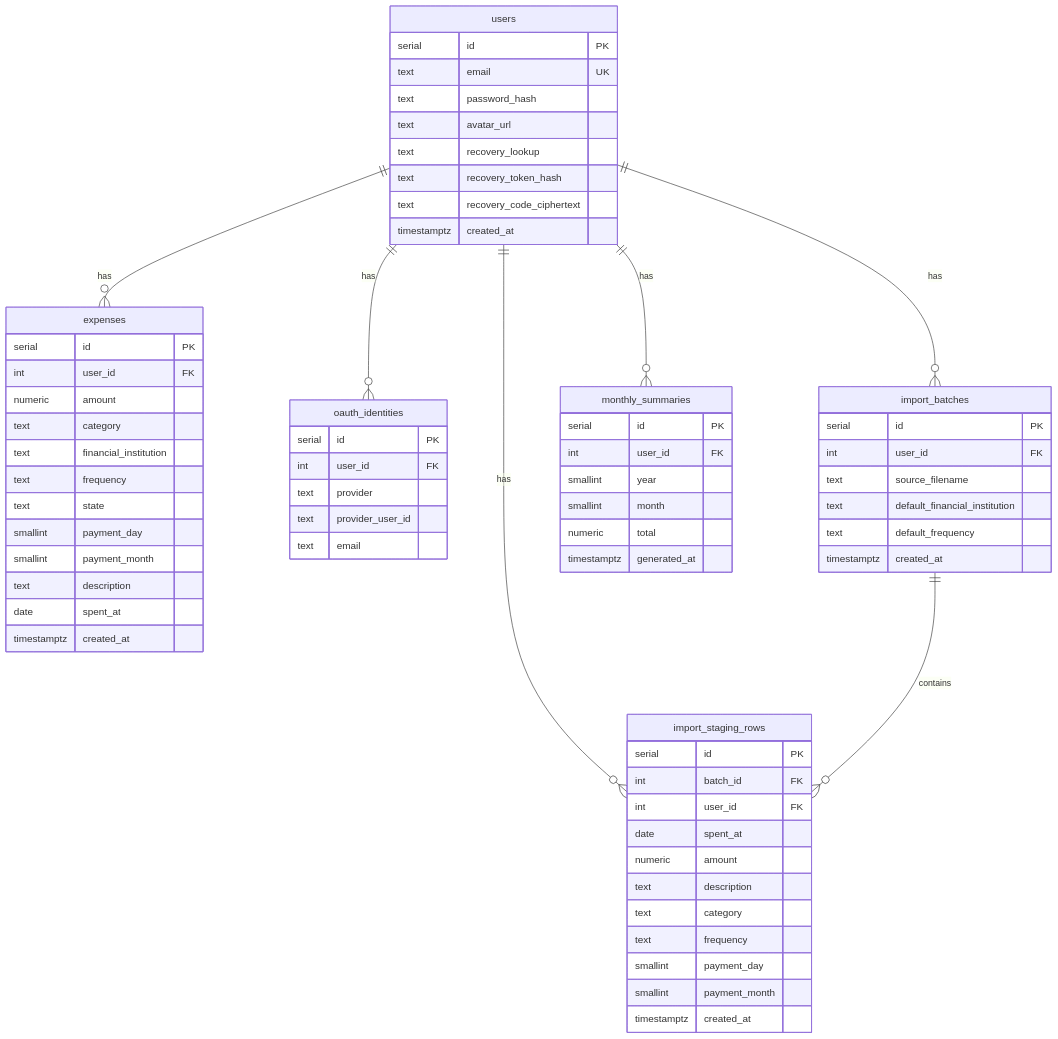
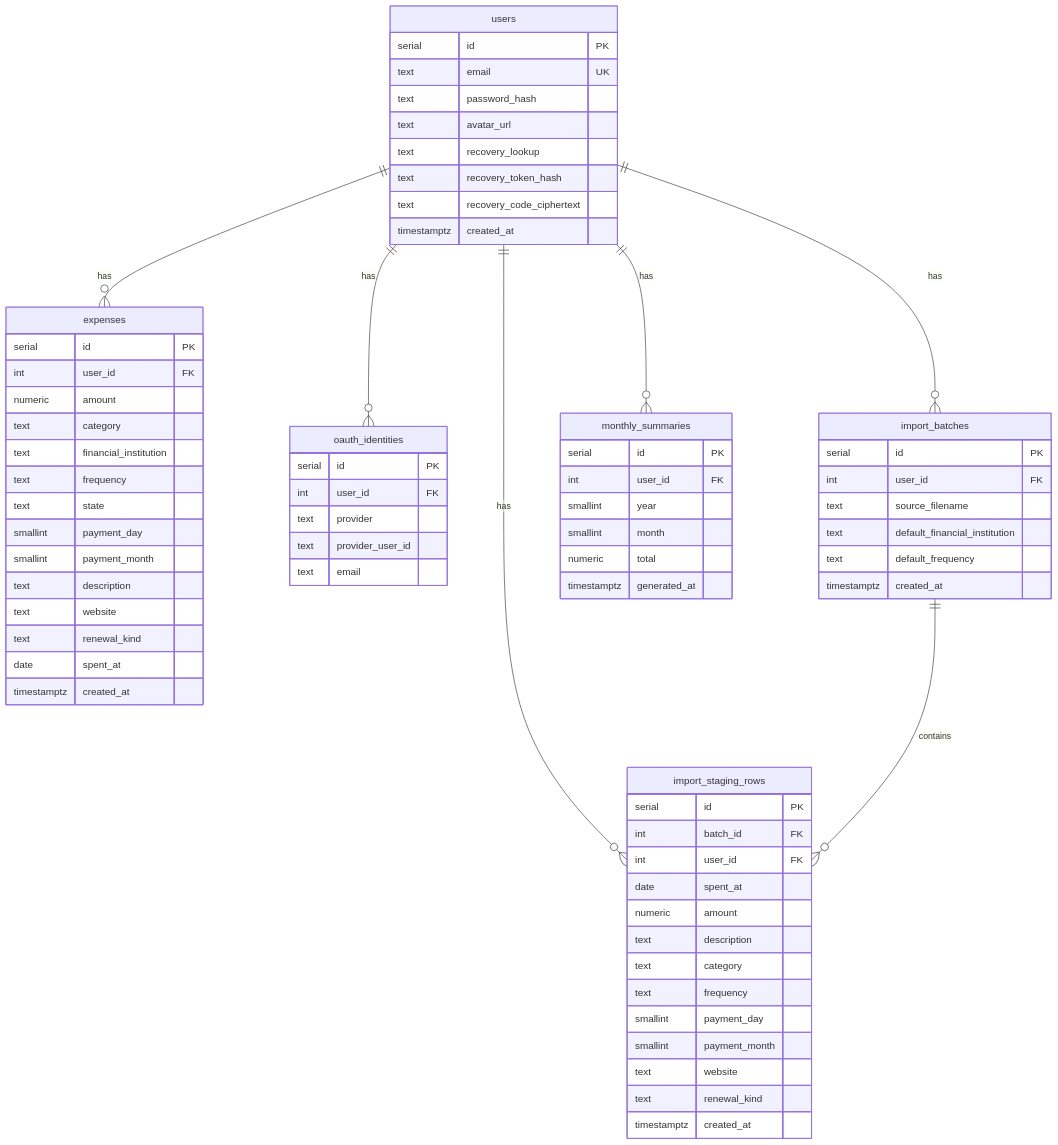
One commit to becomeonewiththecode/expense_tracker changed diagram 11 of 16 in docs/ARCHITECTURE_DIAGRAM.md. Above: the diagram before and after it, drawn with Mermaid. The commit also changed other lines of this file and 18 other files, not shown here.

````diff
--- a/docs/ARCHITECTURE_DIAGRAM.md
+++ b/docs/ARCHITECTURE_DIAGRAM.md
@@ -298,75 +359,79 @@
 ```mermaid
 erDiagram
   users ||--o{ expenses : has
   users ||--o{ oauth_identities : has
   users ||--o{ import_batches : has
   users ||--o{ import_staging_rows : has
   users ||--o{ monthly_summaries : has
   import_batches ||--o{ import_staging_rows : contains
 
   users {
     serial id PK
     text email UK
     text password_hash
     text avatar_url
     text recovery_lookup
     text recovery_token_hash
     text recovery_code_ciphertext
     timestamptz created_at
   }
 
   oauth_identities {
     serial id PK
     int user_id FK
     text provider
     text provider_user_id
     text email
   }
 
   expenses {
     serial id PK
     int user_id FK
     numeric amount
     text category
     text financial_institution
     text frequency
     text state
     smallint payment_day
     smallint payment_month
     text description
+    text website
+    text renewal_kind
     date spent_at
     timestamptz created_at
   }
 
   import_batches {
     serial id PK
     int user_id FK
     text source_filename
     text default_financial_institution
     text default_frequency
     timestamptz created_at
   }
 
   import_staging_rows {
     serial id PK
     int batch_id FK
     int user_id FK
     date spent_at
     numeric amount
     text description
     text category
     text frequency
     smallint payment_day
     smallint payment_month
+    text website
+    text renewal_kind
     timestamptz created_at
   }
 
   monthly_summaries {
     serial id PK
     int user_id FK
     smallint year
     smallint month
     numeric total
     timestamptz generated_at
   }
 ```
````
